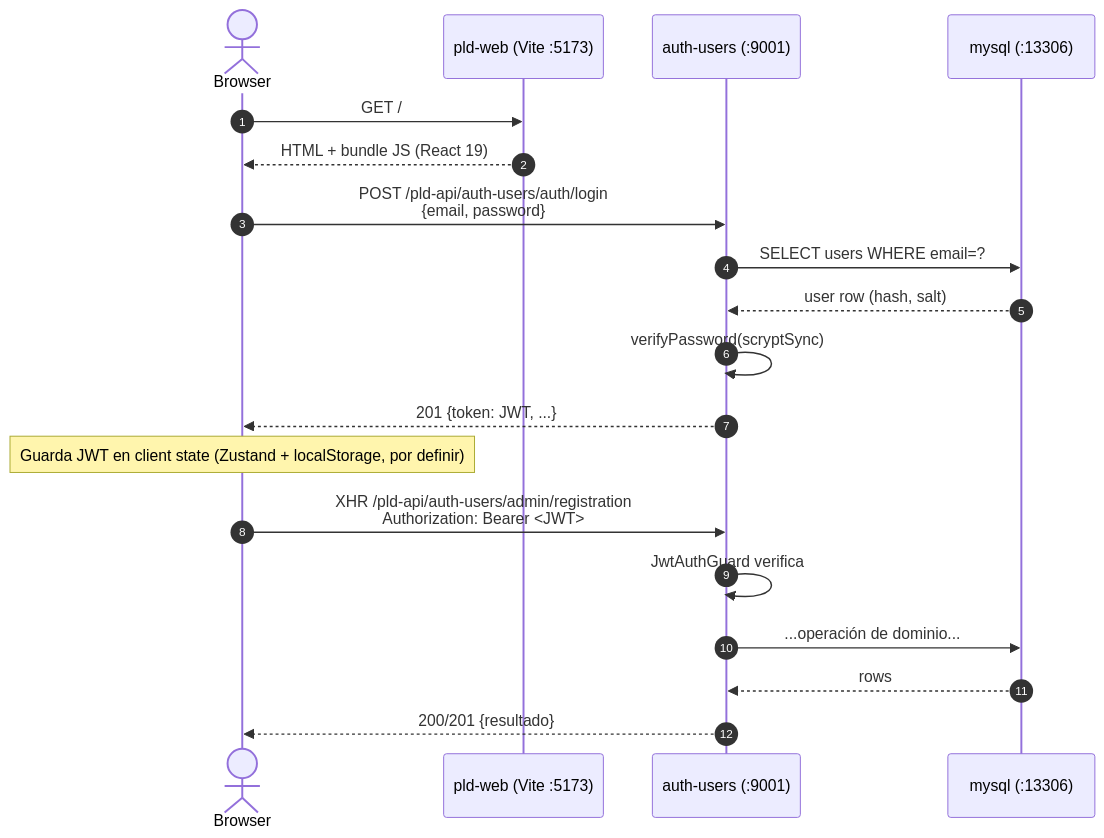
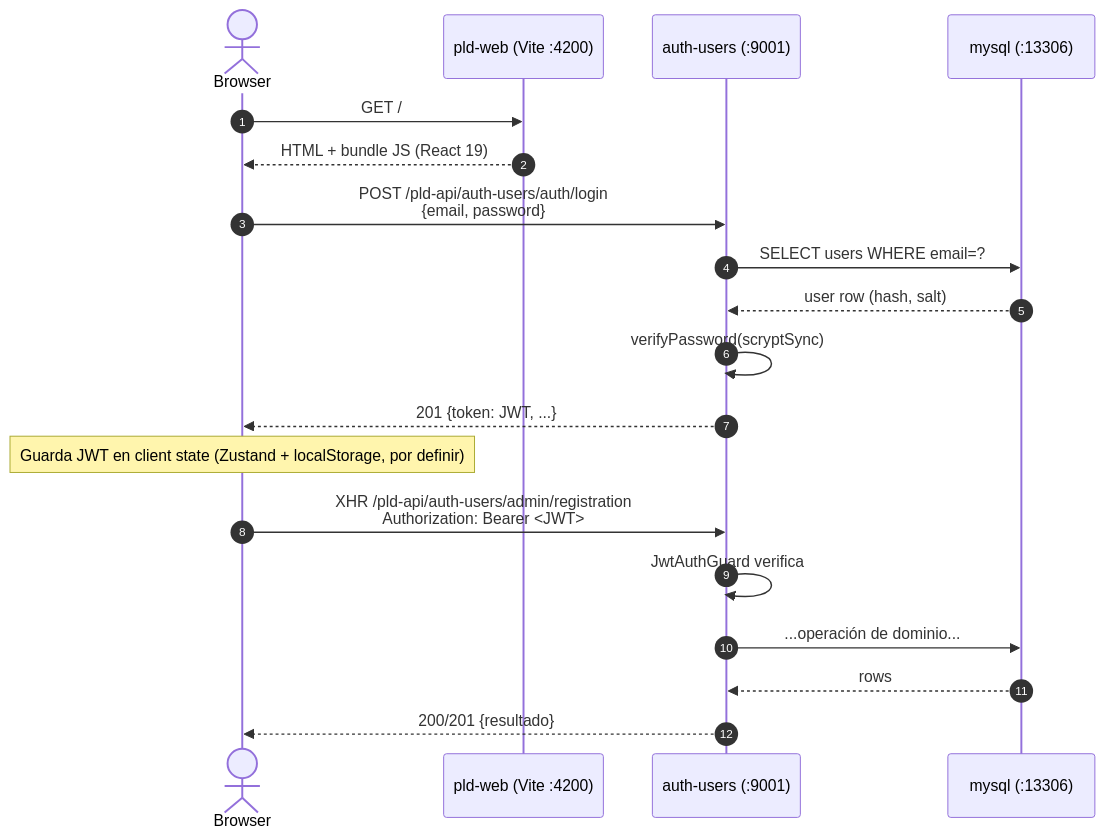
Before and after one commit to Cromeror/pld-workspace: the second of 3 diagrams in docs/architecture.md, drawn with Mermaid. The commit also changed other lines of this file and 3 other files, not shown here.

````diff
--- a/docs/architecture.md
+++ b/docs/architecture.md
@@ -54,22 +54,22 @@
 ```mermaid
 sequenceDiagram
   autonumber
   actor U as Browser
-  participant W as pld-web (Vite :5173)
+  participant W as pld-web (Vite :4200)
   participant A as auth-users (:9001)
   participant D as mysql (:13306)
 
   U->>W: GET /
   W-->>U: HTML + bundle JS (React 19)
   U->>A: POST /pld-api/auth-users/auth/login<br/>{email, password}
   A->>D: SELECT users WHERE email=?
   D-->>A: user row (hash, salt)
   A->>A: verifyPassword(scryptSync)
   A-->>U: 201 {token: JWT, ...}
   Note over U: Guarda JWT en client state (Zustand + localStorage, por definir)
   U->>A: XHR /pld-api/auth-users/admin/registration<br/>Authorization: Bearer <JWT>
   A->>A: JwtAuthGuard verifica
   A->>D: ...operación de dominio...
   D-->>A: rows
   A-->>U: 200/201 {resultado}
 ```
````
